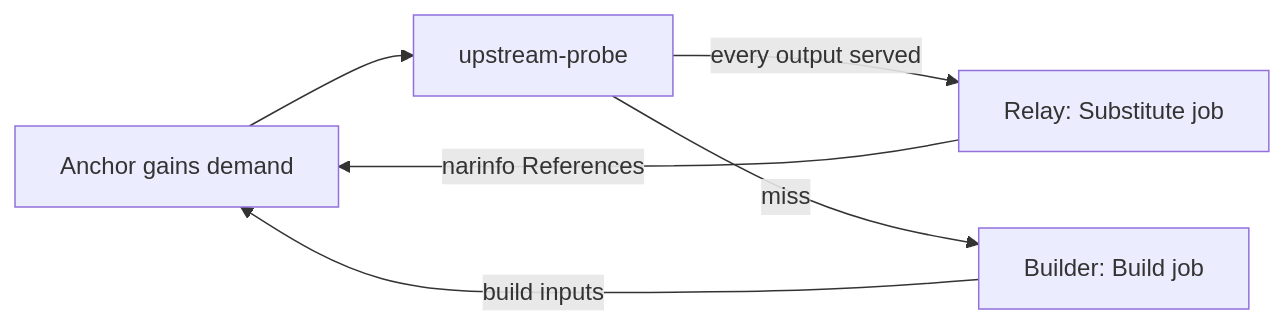
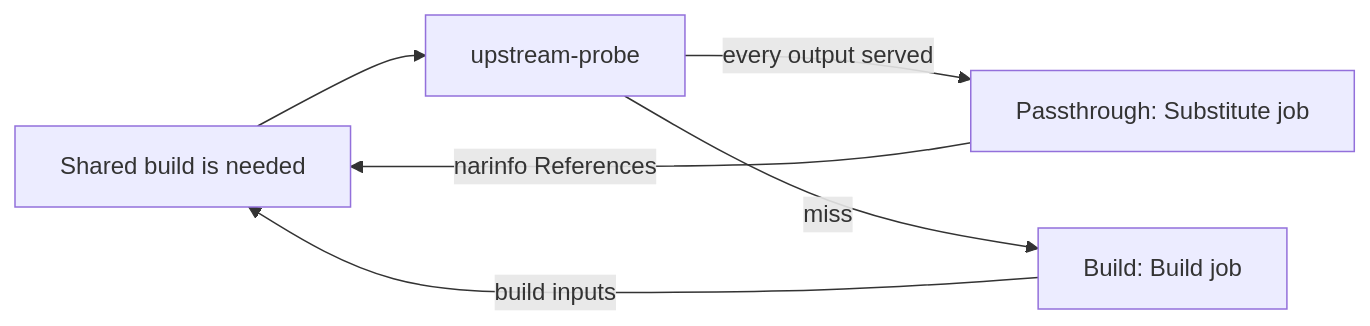
One commit to wavelens/gradient changed the diagram in docs/src/contributors/scheduler/upstream-substitution.md. Above: the diagram before and after it, drawn with Mermaid. The commit also changed other lines of this file and 61 other files, not shown here.

````diff
--- a/docs/src/contributors/scheduler/upstream-substitution.md
+++ b/docs/src/contributors/scheduler/upstream-substitution.md
@@ -5,8 +5,8 @@
 ```mermaid
 flowchart LR
-    D[Anchor gains demand] --> P[upstream-probe]
-    P -->|every output served| R[Relay: Substitute job]
-    P -->|miss| B[Builder: Build job]
+    D[Shared build is needed] --> P[upstream-probe]
+    P -->|every output served| R[Passthrough: Substitute job]
+    P -->|miss| B[Build: Build job]
     R -->|narinfo References| D
     B -->|build inputs| D
 ```
````
